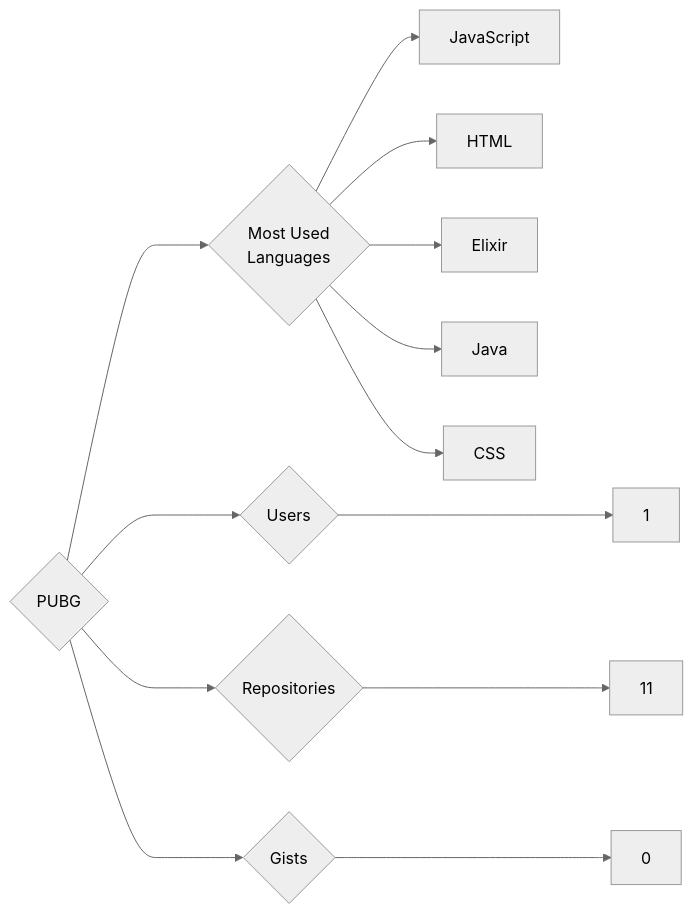
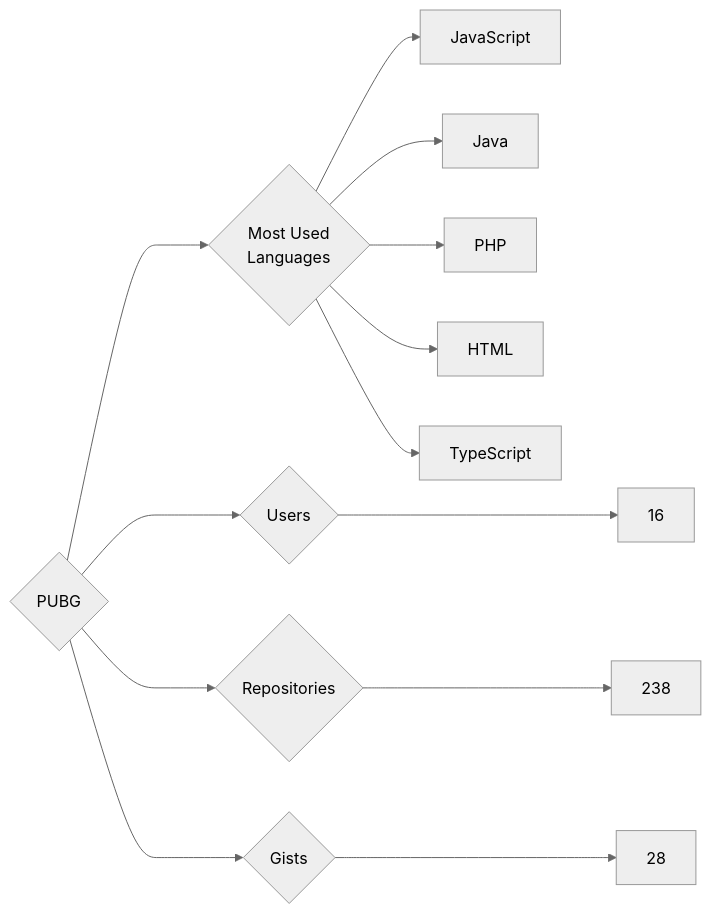
One commit to trickest/insiders changed the diagram in targets/PUBG/README.md. Above: the diagram before and after it, drawn with Mermaid (neutral theme). The commit also changed 997 other files, not shown here.

````diff
--- a/targets/PUBG/README.md
+++ b/targets/PUBG/README.md
@@ -3,13 +3,13 @@
 ```mermaid
 graph LR
 COMPANY_NAME{PUBG}
-COMPANY_NAME ---> U{Users} ---> UN[1]
-COMPANY_NAME ---> R{Repositories} ---> RN[11]
-COMPANY_NAME ---> G{Gists} ---> GN[0]
+COMPANY_NAME ---> U{Users} ---> UN[16]
+COMPANY_NAME ---> R{Repositories} ---> RN[238]
+COMPANY_NAME ---> G{Gists} ---> GN[28]
 COMPANY_NAME ---> ML{Most Used<br>Languages}
-ML --> JavaScript
-ML --> HTML
-ML --> Elixir
-ML --> Java
-ML --> CSS
+ML --> JavaScript[JavaScript]
+ML --> Java[Java]
+ML --> PHP[PHP]
+ML --> HTML[HTML]
+ML --> TypeScript[TypeScript]
 ```
````
